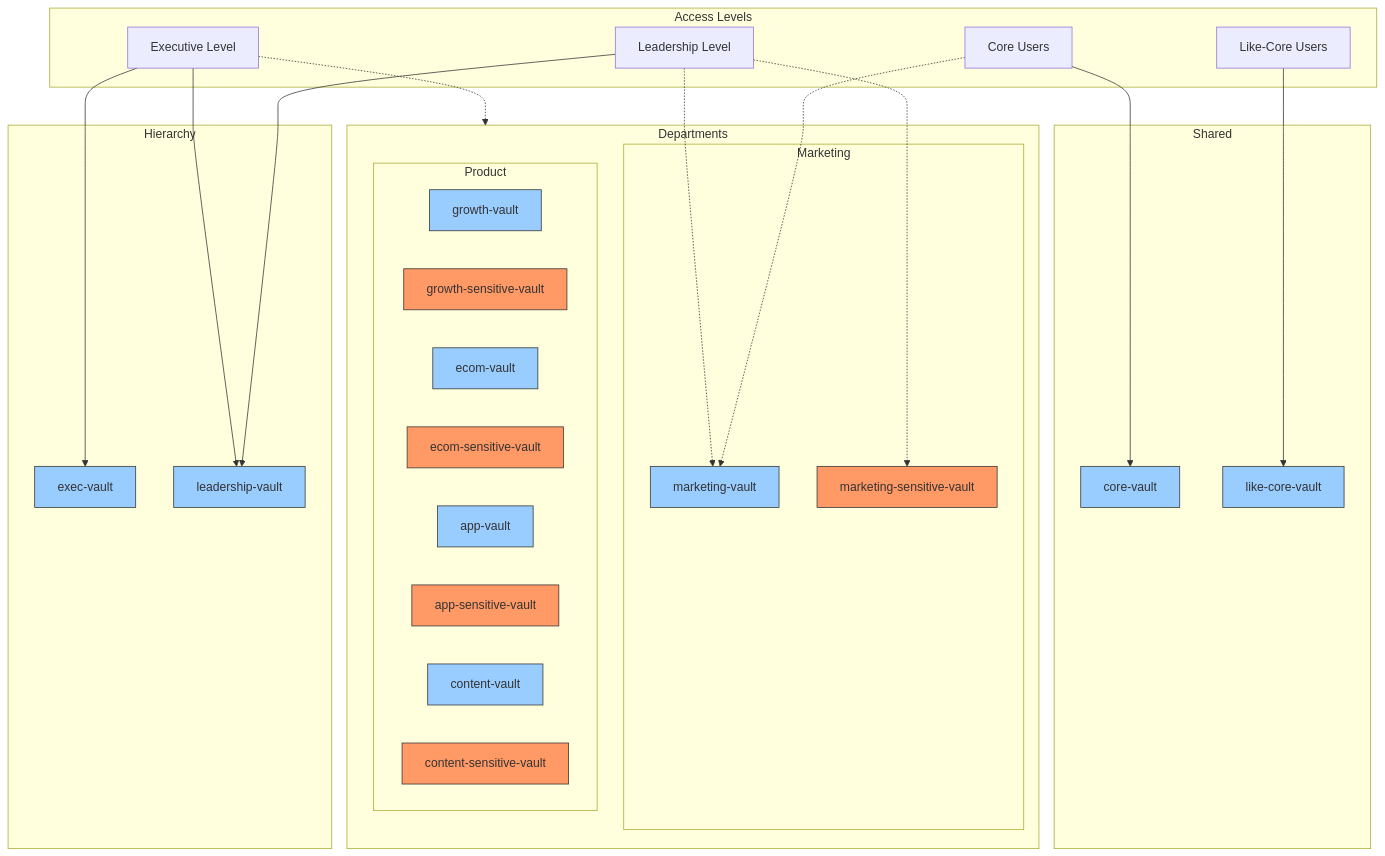
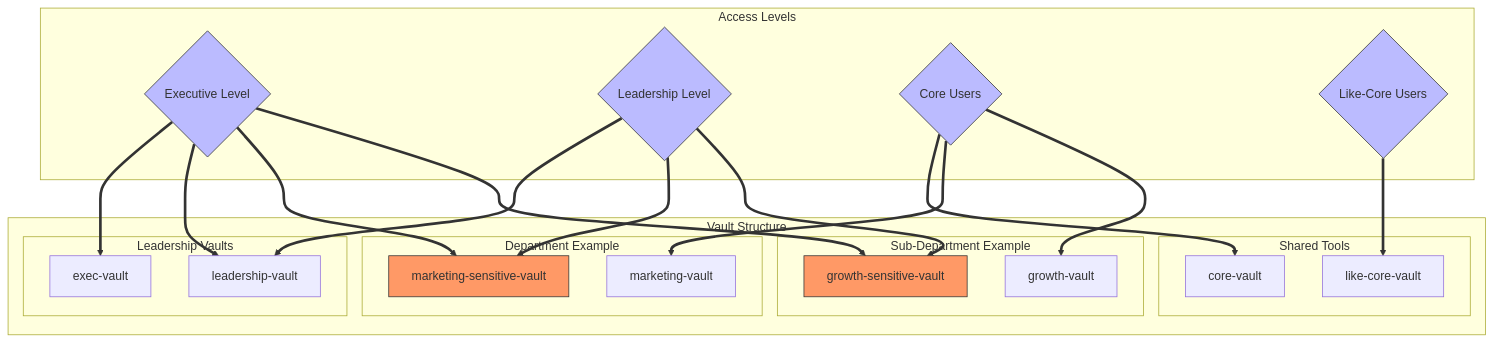
One commit to james-reversegroup/mermaid-diagrams changed the diagram in 1password/processflow.md. Above: the diagram before and after it, drawn with Mermaid.

````diff
--- a/1password/processflow.md
+++ b/1password/processflow.md
@@ -1,54 +1,50 @@
 ```mermaid
 
 graph TD
-    subgraph Hierarchy
-        E[exec-vault]
-        L[leadership-vault]
+    subgraph Access Levels
+        Exec{Executive Level}
+        Lead{Leadership Level}
+        CoreU{Core Users}
+        LikeC{Like-Core Users}
     end
 
-    subgraph Shared
-        C[core-vault]
-        LC[like-core-vault]
+    subgraph Vault Structure
+        subgraph Leadership Vaults
+            E[exec-vault]
+            L[leadership-vault]
+        end
+
+        subgraph Shared Tools
+            C[core-vault]
+            LC[like-core-vault]
+        end
+
+        subgraph Department Example
+            M[marketing-vault]
+            MS[marketing-sensitive-vault]
+            style MS fill:#f96,stroke:#333
+        end
+
+        subgraph Sub-Department Example
+            P1[growth-vault]
+            PS1[growth-sensitive-vault]
+            style PS1 fill:#f96,stroke:#333
+        end
     end
 
-    subgraph Departments
-        subgraph Marketing
-            M[marketing-vault]
-            MS[marketing-sensitive-vault]
-        end
+    Exec ==> E
+    Exec ==> L
+    Exec ==> MS
+    Exec ==> PS1
+    Lead ==> L
+    Lead ==> MS
+    Lead ==> PS1
+    CoreU ==> C
+    CoreU ==> M
+    CoreU ==> P1
+    LikeC ==> LC
 
-        subgraph Product
-            P1[growth-vault]
-            PS1[growth-sensitive-vault]
-            P2[ecom-vault]
-            PS2[ecom-sensitive-vault]
-            P3[app-vault]
-            PS3[app-sensitive-vault]
-            P4[content-vault]
-            PS4[content-sensitive-vault]
-        end
-        %% Other departments similar structure
-    end
-
-    subgraph Access Levels
-        Exec[Executive Level]
-        Lead[Leadership Level]
-        CoreU[Core Users]
-        LikeC[Like-Core Users]
-    end
-
-    Exec --> E
-    Exec --> L
-    Exec -.-> Departments
-    Lead --> L
-    Lead -.-> M & MS
-    CoreU --> C
-    CoreU -.-> M
-    LikeC --> LC
-
-    classDef sensitive fill:#f96,stroke:#333
-    classDef standard fill:#9cf,stroke:#333
-    class MS,PS1,PS2,PS3,PS4 sensitive
-    class M,P1,P2,P3,P4,C,LC,E,L standard
+    classDef access fill:#bbf,stroke:#333
+    class Exec,Lead,CoreU,LikeC access
 
 ```
````
